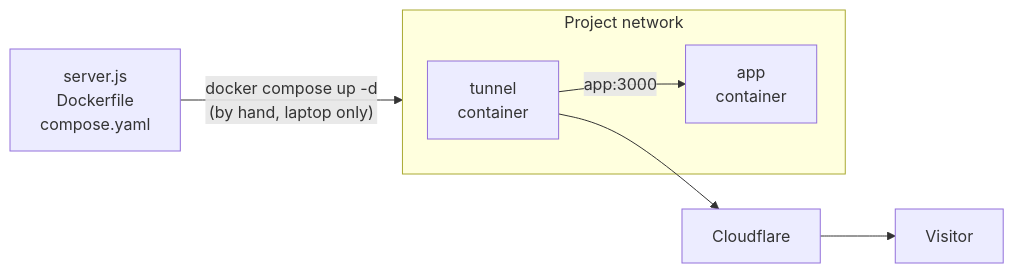
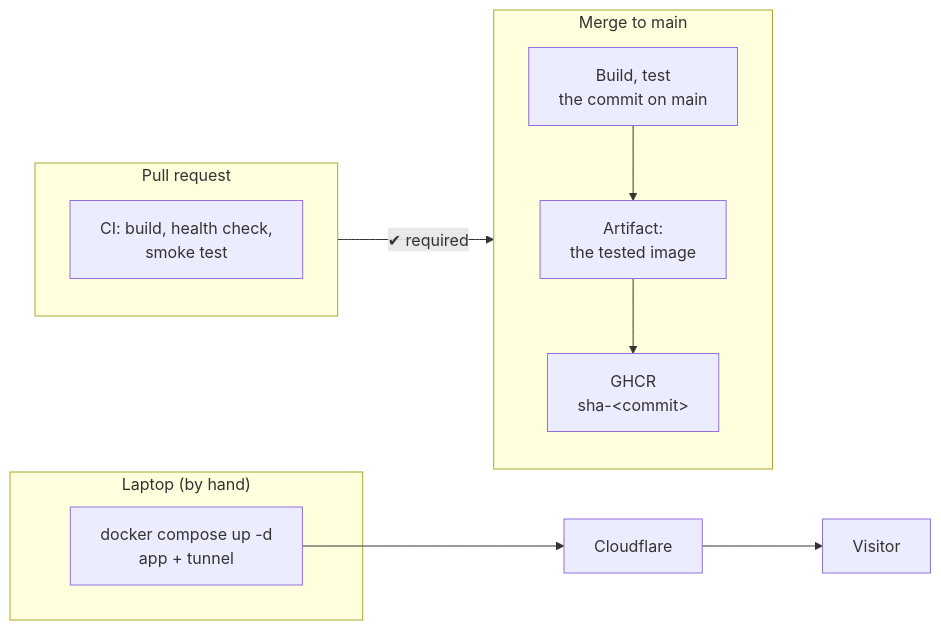
The third of 3 diagrams in docs/pipeline.md (Bende-KBB/devops-lab), drawn with Mermaid before and after one commit. The commit also changed other lines of this file and 2 other files, not shown here.

Commit message:
DL-21: Close Phase 4: result and pipeline

````diff
--- a/docs/pipeline.md
+++ b/docs/pipeline.md
@@ -35,8 +35,15 @@
 ```mermaid
 flowchart LR
-    SRC["server.js<br/>Dockerfile<br/>compose.yaml"] -->|"docker compose up -d<br/>(by hand, laptop only)"| NET
-    subgraph NET["Project network"]
-        TUN["tunnel<br/>container"] -->|"app:3000"| APP["app<br/>container"]
+    subgraph PR["Pull request"]
+        CI["CI: build, health check,<br/>smoke test"]
     end
-    TUN --> EDGE["Cloudflare"] --> V["Visitor"]
+    subgraph MAIN["Merge to main"]
+        T["Build, test<br/>the commit on main"] --> A["Artifact:<br/>the tested image"]
+        A --> G["GHCR<br/>sha-&lt;commit&gt;"]
+    end
+    PR -->|"✔ required"| MAIN
+    subgraph LAPTOP["Laptop (by hand)"]
+        NET["docker compose up -d<br/>app + tunnel"]
+    end
+    NET --> EDGE["Cloudflare"] --> V["Visitor"]
 ```
````
